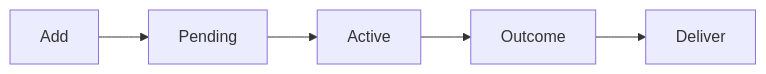
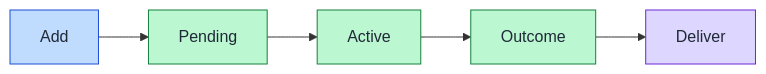
Before and after one commit to victusfate/scaffold: the diagram in docs/diagrams/pages/queue-lifecycle.md, drawn with Mermaid. The commit also changed other lines of this file and 20 other files, not shown here.

First line of the commit message:
docs(diagram-explorer-md): lane colors from the diagram palette; short LLM block

````diff
--- a/docs/diagrams/pages/queue-lifecycle.md
+++ b/docs/diagrams/pages/queue-lifecycle.md
@@ -7,7 +7,13 @@
 ```mermaid
 flowchart LR
   n_add["Add"] --> n_pending["Pending"]
   n_pending["Pending"] --> n_active["Active"]
   n_active["Active"] --> n_outcome["Outcome"]
   n_outcome["Outcome"] --> n_deliver["Deliver"]
+  classDef lane0 fill:#bfdbfe,stroke:#1d4ed8,color:#1f2937
+  classDef lane1 fill:#bbf7d0,stroke:#15803d,color:#1f2937
+  classDef lane2 fill:#ddd6fe,stroke:#6d28d9,color:#1f2937
+  class n_add lane0
+  class n_pending,n_active,n_outcome lane1
+  class n_deliver lane2
 ```
````
